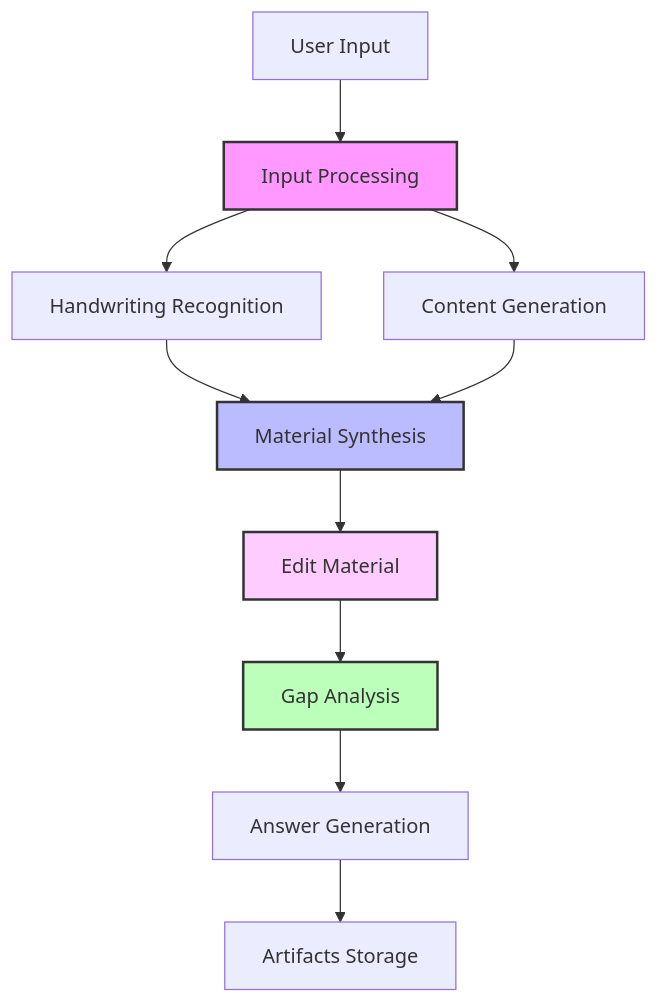
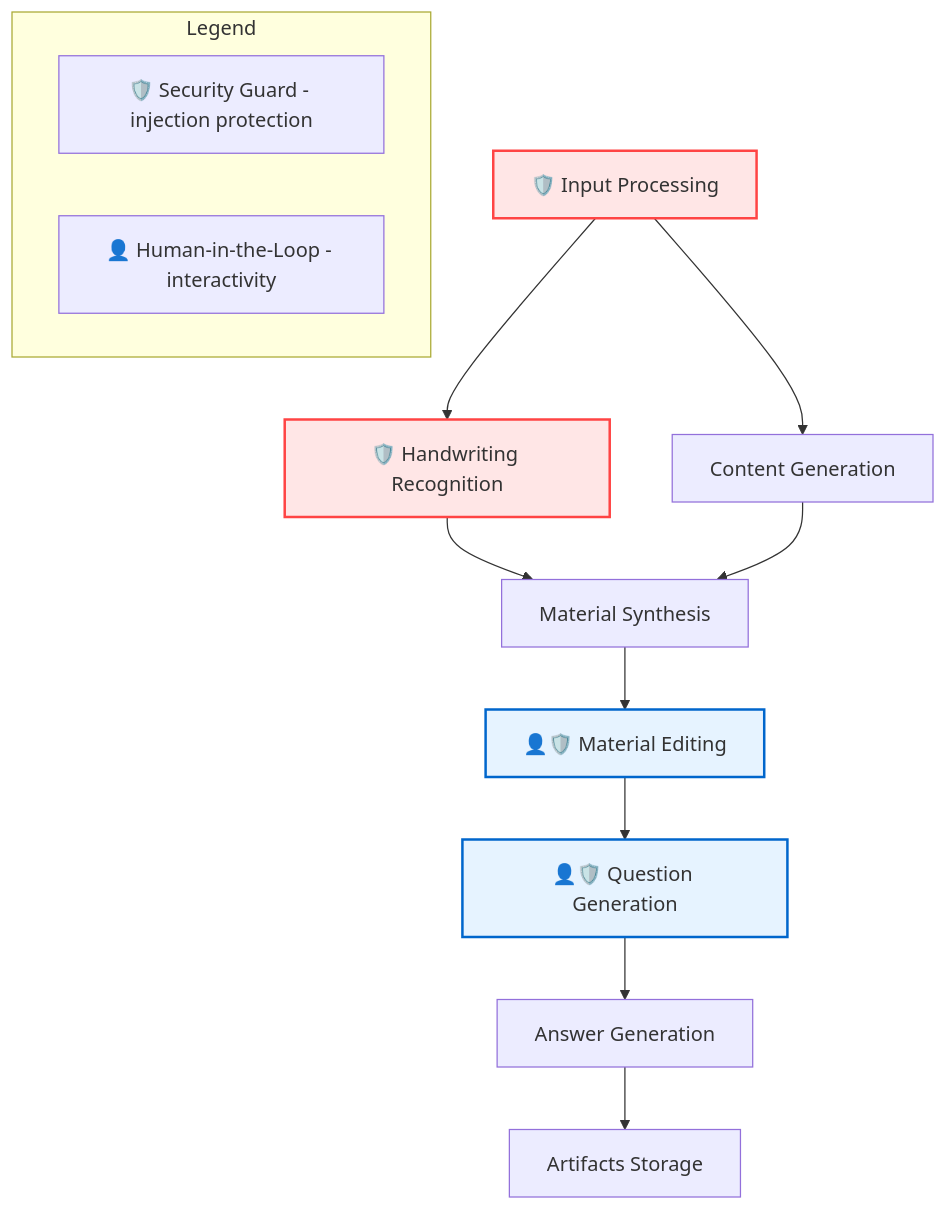
Before and after one commit to Bbar0n234/learnflow-ai: the first of 3 diagrams in README_EN.md, drawn with Mermaid. The commit also changed other lines of this file and 58 other files, not shown here.

````diff
--- a/README_EN.md
+++ b/README_EN.md
@@ -144,17 +129,21 @@
 ```mermaid
 graph TD
-    A[User Input] --> B[Input Processing]
-    B --> C[Content Generation]
-    B --> D[Handwriting Recognition]
-    D --> E[Material Synthesis]
-    C --> E
-    E --> F[Edit Material]
-    F --> G[Gap Analysis]
-    G --> H[Answer Generation]
-    H --> I[Artifacts Storage]
+    subgraph "Legend"
+        L1[🛡️ Security Guard - injection protection]
+        L2[👤 Human-in-the-Loop - interactivity]
+    end
     
-    style B fill:#f9f,stroke:#333,stroke-width:2px
-    style E fill:#bbf,stroke:#333,stroke-width:2px
-    style F fill:#fcf,stroke:#333,stroke-width:2px
-    style G fill:#bfb,stroke:#333,stroke-width:2px
+    A[🛡️ Input Processing] --> B[Content Generation]
+    A --> C[🛡️ Handwriting Recognition]
+    C --> D[Material Synthesis]
+    B --> D
+    D --> E[👤🛡️ Material Editing]
+    E --> F[👤🛡️ Question Generation]
+    F --> G[Answer Generation]
+    G --> H[Artifacts Storage]
+    
+    style A fill:#ffe6e6,stroke:#ff4444,stroke-width:2px
+    style C fill:#ffe6e6,stroke:#ff4444,stroke-width:2px
+    style E fill:#e6f3ff,stroke:#0066cc,stroke-width:2px
+    style F fill:#e6f3ff,stroke:#0066cc,stroke-width:2px
 ```
````
